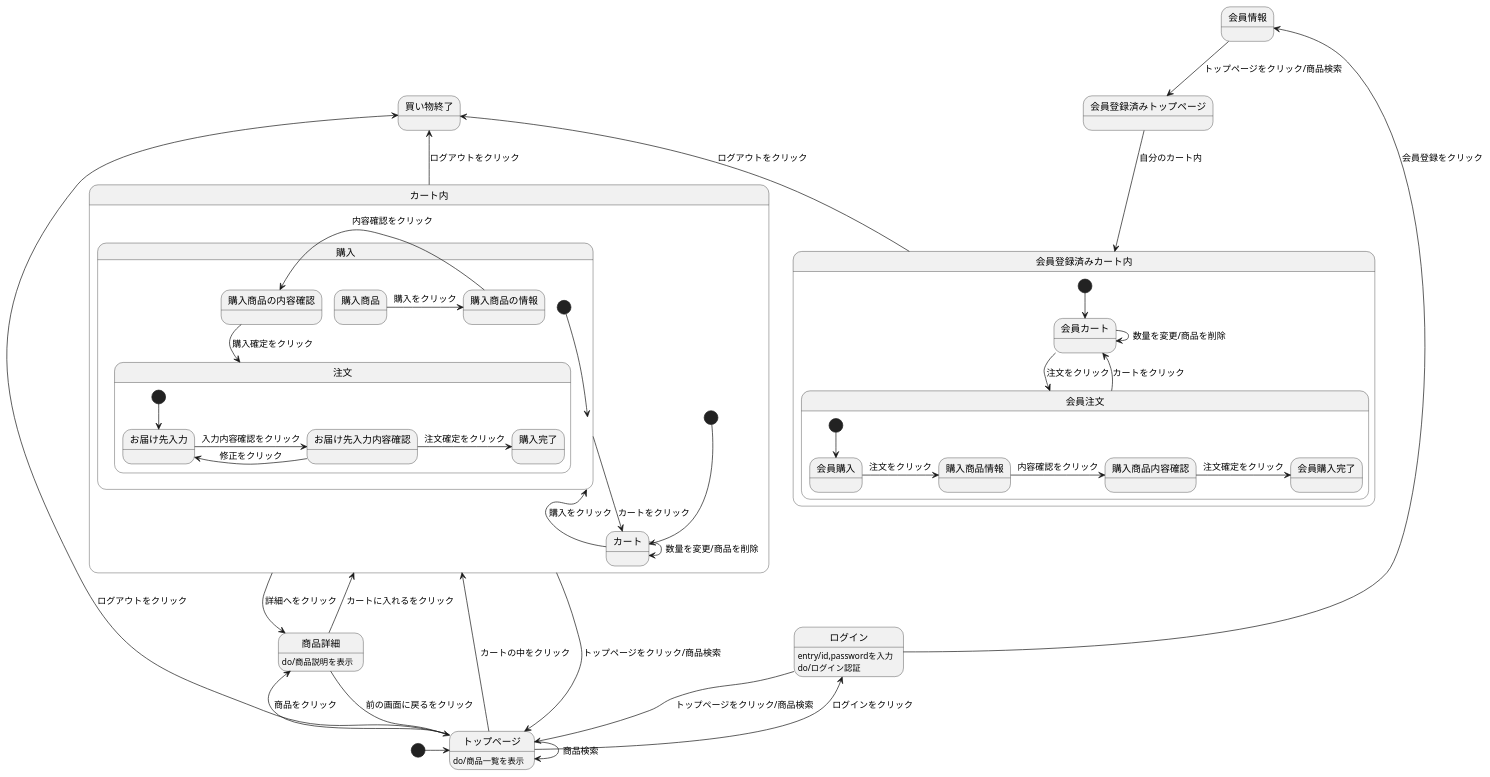
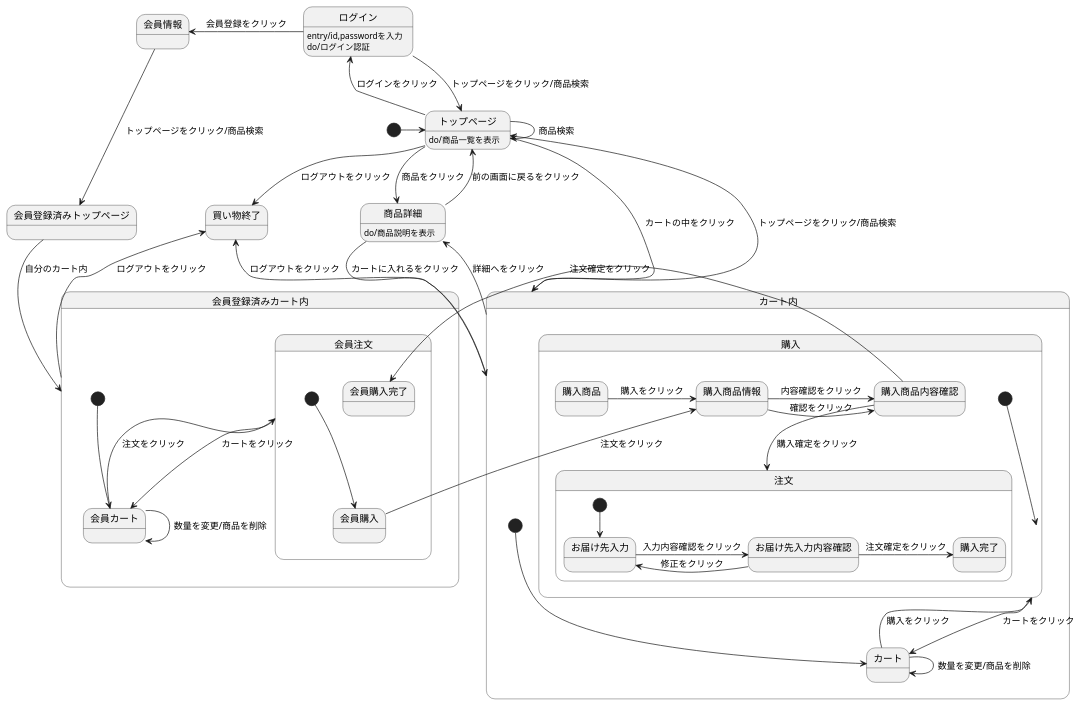
Before and after one commit to Aso2001140/2012sys-design: the diagram in create 12.md, drawn with PlantUML.

Commit message:
Create create 12.md

````diff
--- a/create 12.md
+++ b/create 12.md
@@ -1,56 +1,56 @@
 ```uml
 @startuml
 [*] -> トップページ
 会員情報 --> 会員登録済みトップページ : トップページをクリック/商品検索
 会員登録済みトップページ --> 会員登録済みカート内 : 自分のカート内
 ログイン --> トップページ : トップページをクリック/商品検索
 ログイン : entry/id,passwordを入力
 ログイン : do/ログイン認証
 トップページ --> 買い物終了 : ログアウトをクリック
 トップページ -> トップページ : 商品検索
 トップページ -> 商品詳細 : 商品をクリック
 ログイン -left-> 会員情報 : 会員登録をクリック
 トップページ -left-> ログイン : ログインをクリック
 トップページ --> カート内 : カートの中をクリック
 トップページ : do/商品一覧を表示
 商品詳細 --> カート内 : カートに入れるをクリック
 商品詳細 --> トップページ : 前の画面に戻るをクリック
 商品詳細 : do/商品説明を表示
 カート内 -up-> トップページ : トップページをクリック/商品検索
 カート内 -up-> 買い物終了 : ログアウトをクリック
 会員登録済みカート内 -up-> 買い物終了 : ログアウトをクリック
 カート内 -> 商品詳細 : 詳細へをクリック
 
 
 state カート内{
 [*] --> カート
 カート -> 購入 : 購入をクリック
 カート -> カート : 数量を変更/商品を削除
 購入 --> カート : カートをクリック
 state 購入{
 [*] --> 購入
-購入商品 -> 購入商品の情報 : 購入をクリック
-購入商品の情報 -> 購入商品の内容確認 : 内容確認をクリック
-購入商品の内容確認 -down-> 注文 : 購入確定をクリック
+購入商品 -> 購入商品情報 : 購入をクリック
+購入商品情報 -> 購入商品内容確認 : 確認をクリック
+購入商品内容確認 -down-> 注文 : 購入確定をクリック
 state 注文{
 [*] --> お届け先入力
 お届け先入力 -> お届け先入力内容確認 : 入力内容確認をクリック
 お届け先入力内容確認 -> お届け先入力 : 修正をクリック
 お届け先入力内容確認 -> 購入完了 : 注文確定をクリック
 }
 }
 }
 state 会員登録済みカート内{
 [*] --> 会員カート
 会員カート -> 会員注文 : 注文をクリック
 会員カート -> 会員カート : 数量を変更/商品を削除
 会員注文 --> 会員カート : カートをクリック
 state 会員注文{
 [*] --> 会員購入
 会員購入 -> 購入商品情報 : 注文をクリック
 購入商品情報 -> 購入商品内容確認 : 内容確認をクリック
 購入商品内容確認 -> 会員購入完了 : 注文確定をクリック
 }
 }
 @enduml
 ```
````
